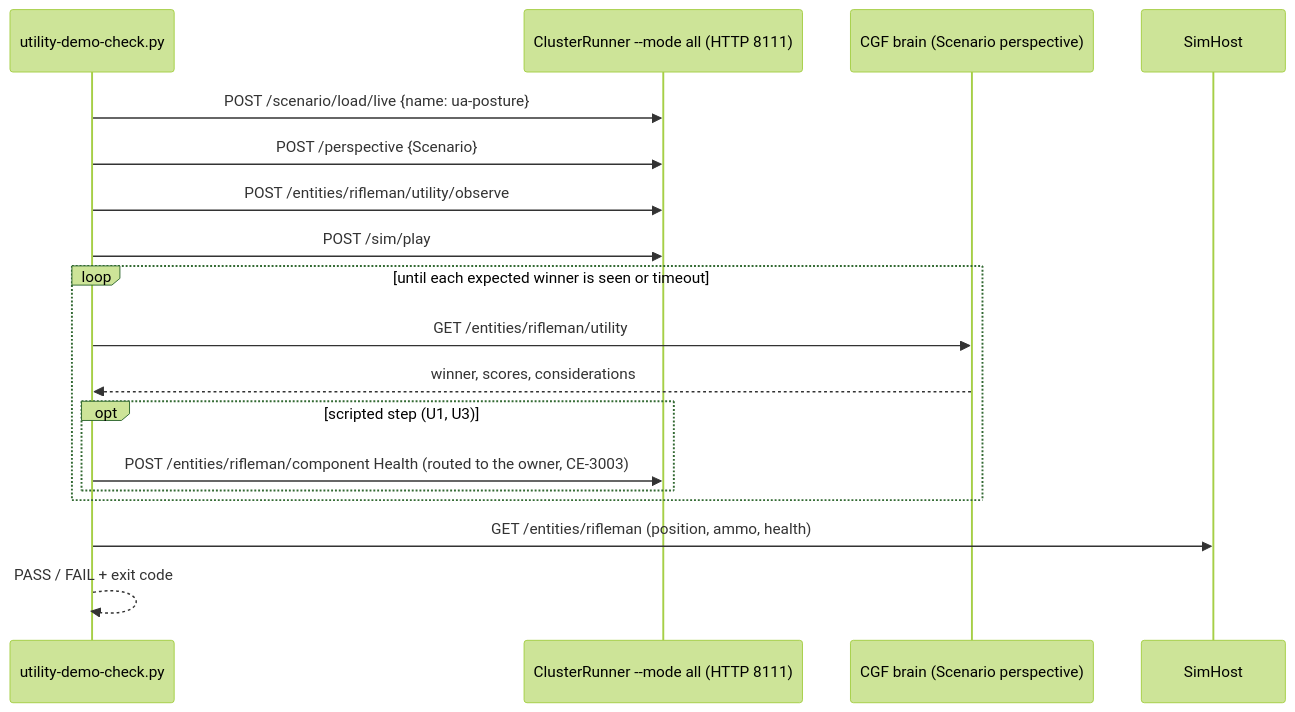
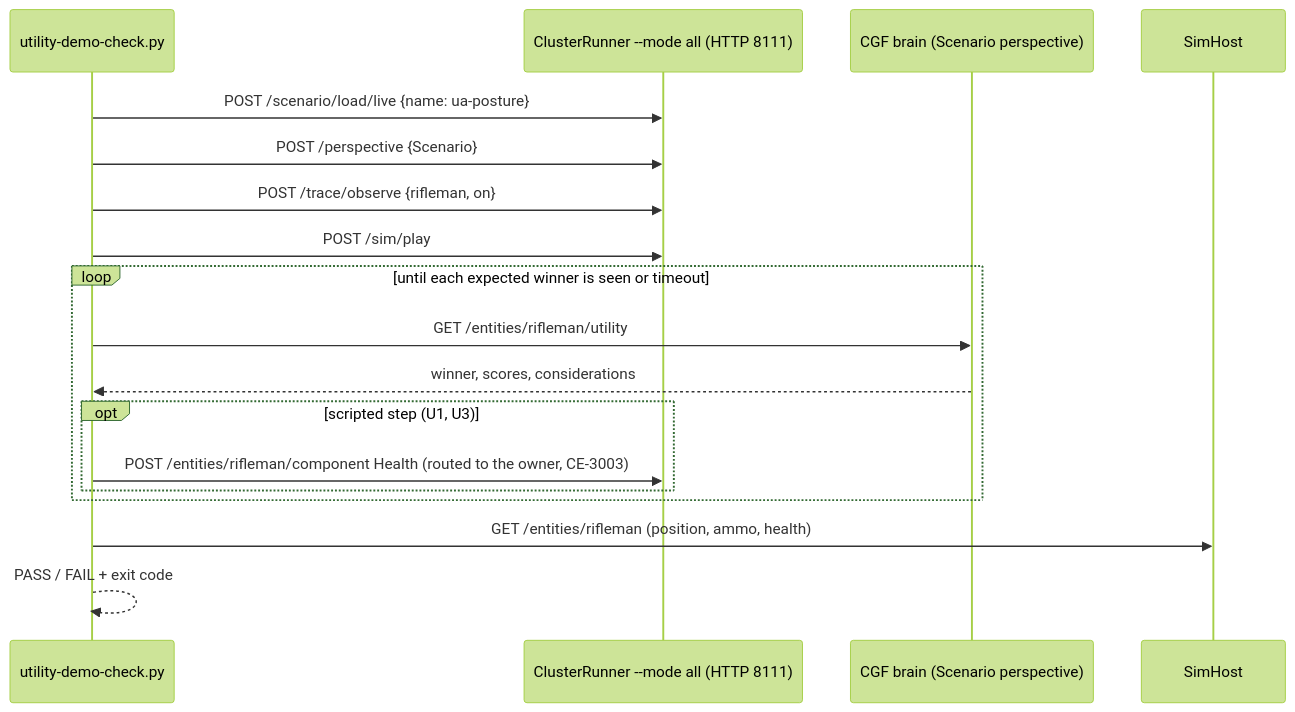
Before and after one commit to pjanec/HROT: the third of 8 diagrams in docs/DESIGN_Utility_AI_Demo_Scenarios.md, drawn with Mermaid (forest theme). The commit also changed other lines of this file and 27 other files, not shown here.

````diff
--- a/docs/DESIGN_Utility_AI_Demo_Scenarios.md
+++ b/docs/DESIGN_Utility_AI_Demo_Scenarios.md
@@ -164,20 +179,20 @@
 ```mermaid
 sequenceDiagram
   participant S as utility-demo-check.py
   participant R as ClusterRunner --mode all (HTTP 8111)
   participant B as CGF brain (Scenario perspective)
   participant H as SimHost
   S->>R: POST /scenario/load/live {name: ua-posture}
   S->>R: POST /perspective {Scenario}
-  S->>R: POST /entities/rifleman/utility/observe
+  S->>R: POST /trace/observe {rifleman, on}
   S->>R: POST /sim/play
   loop until each expected winner is seen or timeout
     S->>B: GET /entities/rifleman/utility
     B-->>S: winner, scores, considerations
     opt scripted step (U1, U3)
       S->>R: POST /entities/rifleman/component Health (routed to the owner, CE-3003)
     end
   end
   S->>H: GET /entities/rifleman (position, ammo, health)
   S-->>S: PASS / FAIL + exit code
 ```
````
